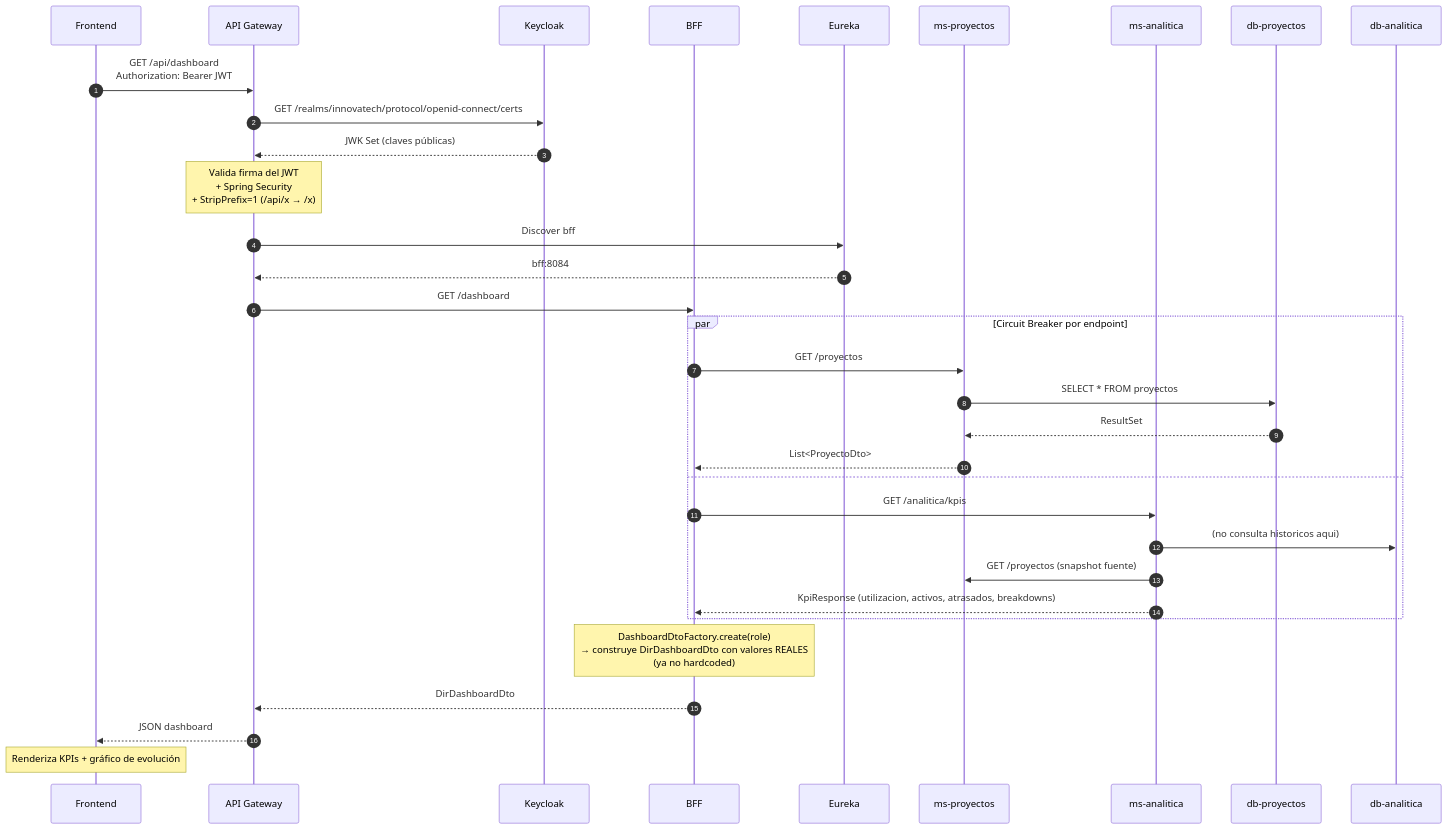
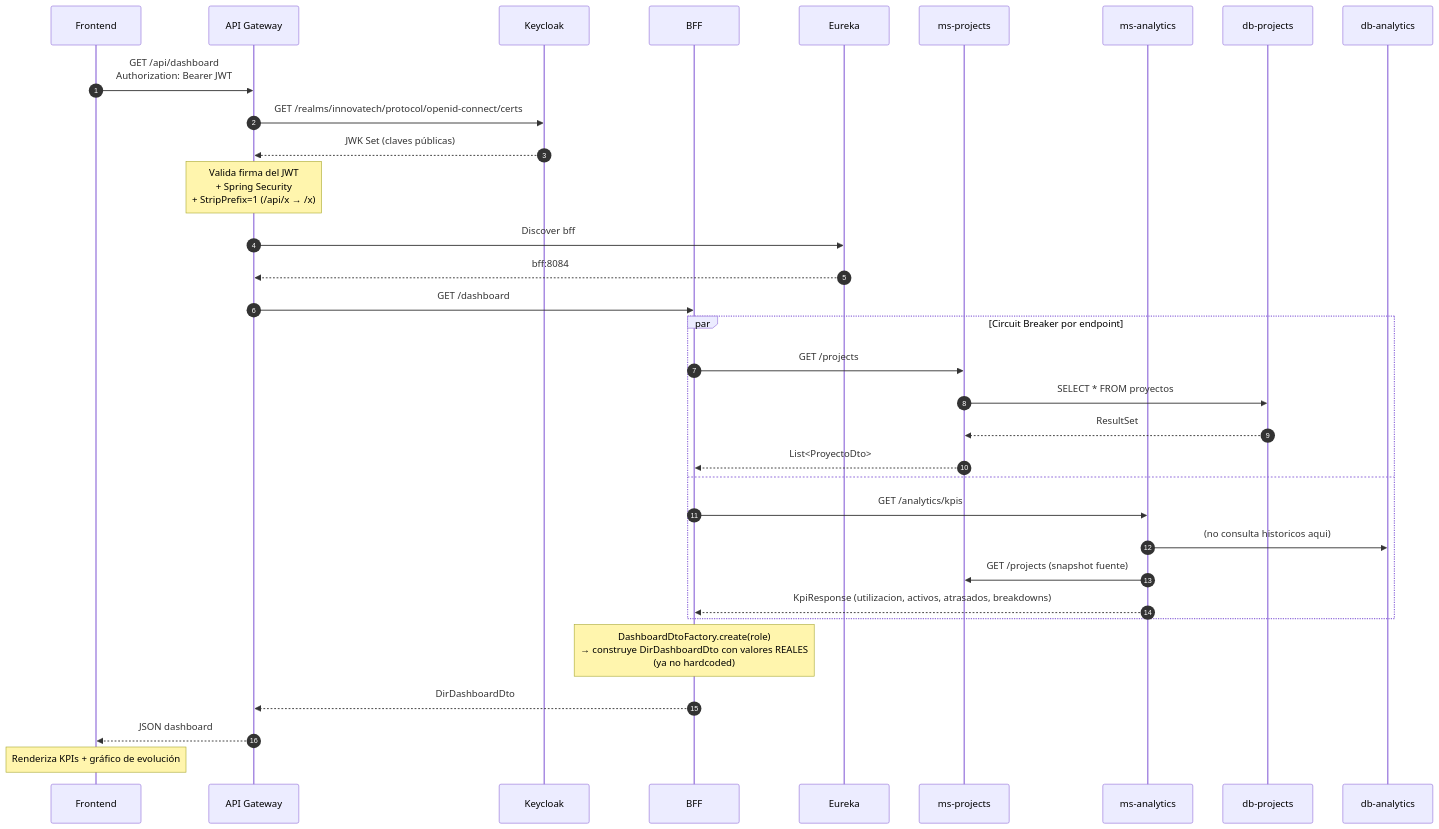
The third of 7 diagrams in README.md (najescobar-ui/innovatechSolutionNEEP_FS), drawn with Mermaid before and after one commit. The commit also changed other lines of this file and 1 other file, not shown here.

````diff
--- a/README.md
+++ b/README.md
@@ -184,38 +184,38 @@
 ```mermaid
 sequenceDiagram
     autonumber
     participant FE as Frontend
     participant GW as API Gateway
     participant KC as Keycloak
     participant BFF
     participant E as Eureka
-    participant P as ms-proyectos
-    participant A as ms-analitica
-    participant DBP as db-proyectos
-    participant DBA as db-analitica
+    participant P as ms-projects
+    participant A as ms-analytics
+    participant DBP as db-projects
+    participant DBA as db-analytics
 
     FE->>GW: GET /api/dashboard<br/>Authorization: Bearer JWT
     GW->>KC: GET /realms/innovatech/protocol/openid-connect/certs
     KC-->>GW: JWK Set (claves públicas)
     Note over GW: Valida firma del JWT<br/>+ Spring Security<br/>+ StripPrefix=1 (/api/x → /x)
     GW->>E: Discover bff
     E-->>GW: bff:8084
     GW->>BFF: GET /dashboard
 
     par Circuit Breaker por endpoint
-        BFF->>P: GET /proyectos
+        BFF->>P: GET /projects
         P->>DBP: SELECT * FROM proyectos
         DBP-->>P: ResultSet
         P-->>BFF: List<ProyectoDto>
     and
-        BFF->>A: GET /analitica/kpis
+        BFF->>A: GET /analytics/kpis
         A->>DBA: (no consulta historicos aqui)
-        A->>P: GET /proyectos (snapshot fuente)
+        A->>P: GET /projects (snapshot fuente)
         A-->>BFF: KpiResponse (utilizacion, activos, atrasados, breakdowns)
     end
 
     Note over BFF: DashboardDtoFactory.create(role)<br/>→ construye DirDashboardDto con valores REALES<br/>(ya no hardcoded)
     BFF-->>GW: DirDashboardDto
     GW-->>FE: JSON dashboard
     Note over FE: Renderiza KPIs + gráfico de evolución
 ```
````
